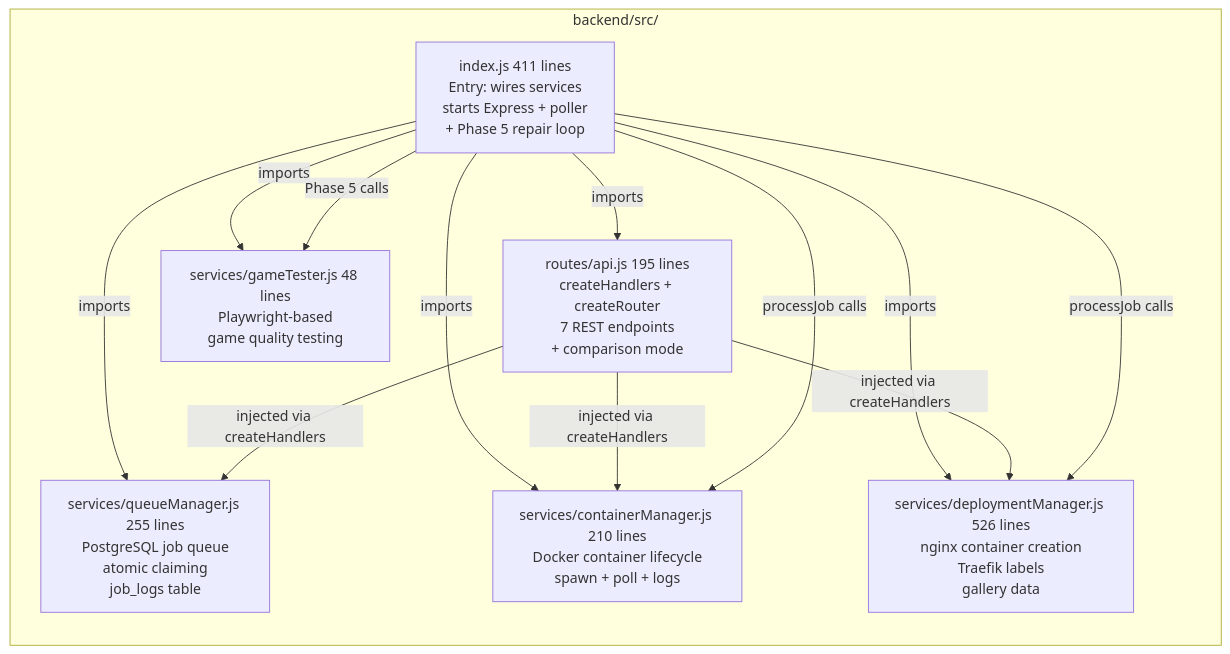
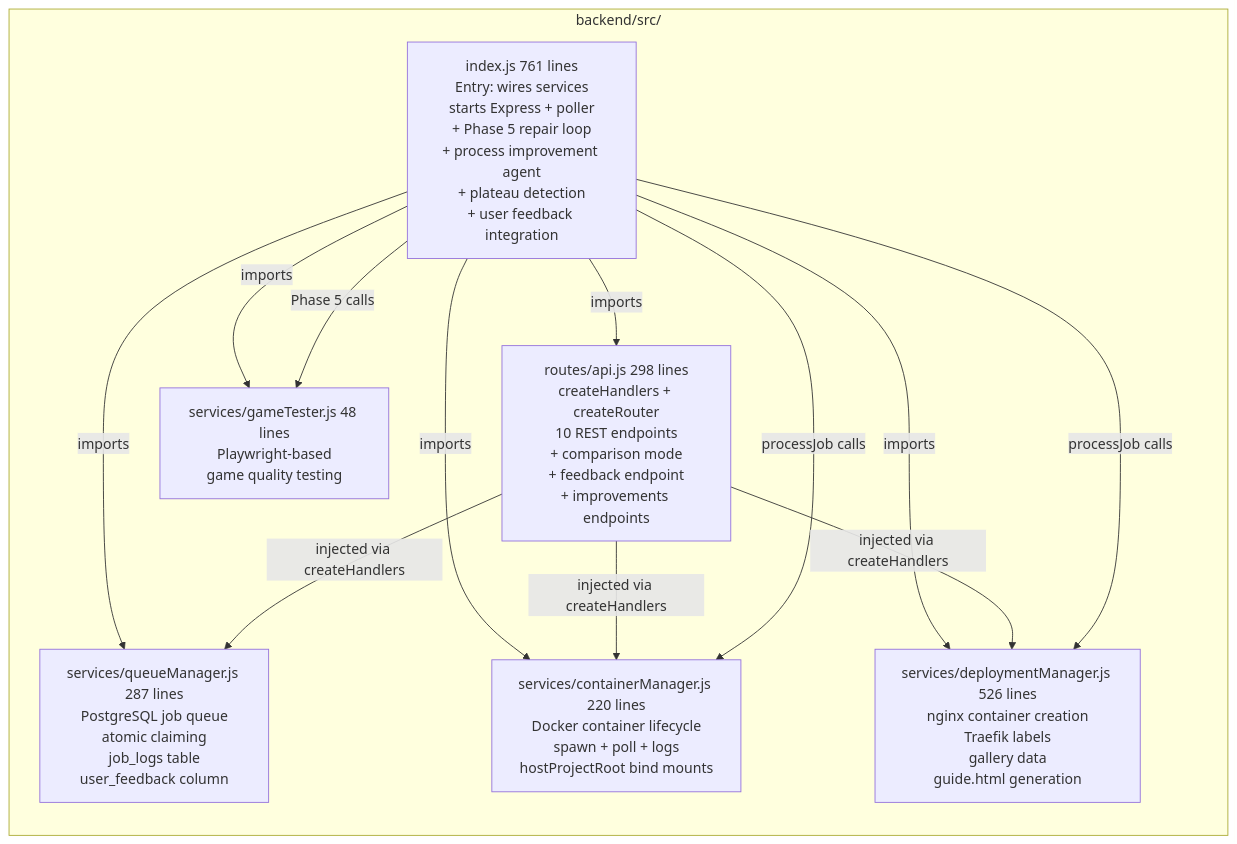
The first of 10 diagrams in AI/document/01-file-map.md (J-Gierend/gamePocGen), drawn with Mermaid before and after one commit. The commit also changed other lines of this file and 5 other files, not shown here.

````diff
--- a/AI/document/01-file-map.md
+++ b/AI/document/01-file-map.md
@@ -3,23 +3,23 @@
 ```mermaid
 graph LR
     subgraph "backend/src/"
-        IDX["index.js 411 lines\nEntry: wires services\nstarts Express + poller\n+ Phase 5 repair loop"]
-        API["routes/api.js 195 lines\ncreateHandlers + createRouter\n7 REST endpoints\n+ comparison mode"]
-        QM["services/queueManager.js 255 lines\nPostgreSQL job queue\natomic claiming\njob_logs table"]
-        CM["services/containerManager.js 210 lines\nDocker container lifecycle\nspawn + poll + logs"]
-        DM["services/deploymentManager.js 526 lines\nnginx container creation\nTraefik labels\ngallery data"]
+        IDX["index.js 761 lines\nEntry: wires services\nstarts Express + poller\n+ Phase 5 repair loop\n+ process improvement agent\n+ plateau detection\n+ user feedback integration"]
+        API["routes/api.js 298 lines\ncreateHandlers + createRouter\n10 REST endpoints\n+ comparison mode\n+ feedback endpoint\n+ improvements endpoints"]
+        QM["services/queueManager.js 287 lines\nPostgreSQL job queue\natomic claiming\njob_logs table\nuser_feedback column"]
+        CM["services/containerManager.js 220 lines\nDocker container lifecycle\nspawn + poll + logs\nhostProjectRoot bind mounts"]
+        DM["services/deploymentManager.js 526 lines\nnginx container creation\nTraefik labels\ngallery data\nguide.html generation"]
         GT["services/gameTester.js 48 lines\nPlaywright-based\ngame quality testing"]
     end
 
     IDX -->|"imports"| API
     IDX -->|"imports"| QM
     IDX -->|"imports"| CM
     IDX -->|"imports"| DM
     IDX -->|"imports"| GT
     API -->|"injected via createHandlers"| QM
     API -->|"injected via createHandlers"| CM
     API -->|"injected via createHandlers"| DM
     IDX -->|"processJob calls"| CM
     IDX -->|"processJob calls"| DM
     IDX -->|"Phase 5 calls"| GT
 ```
````
